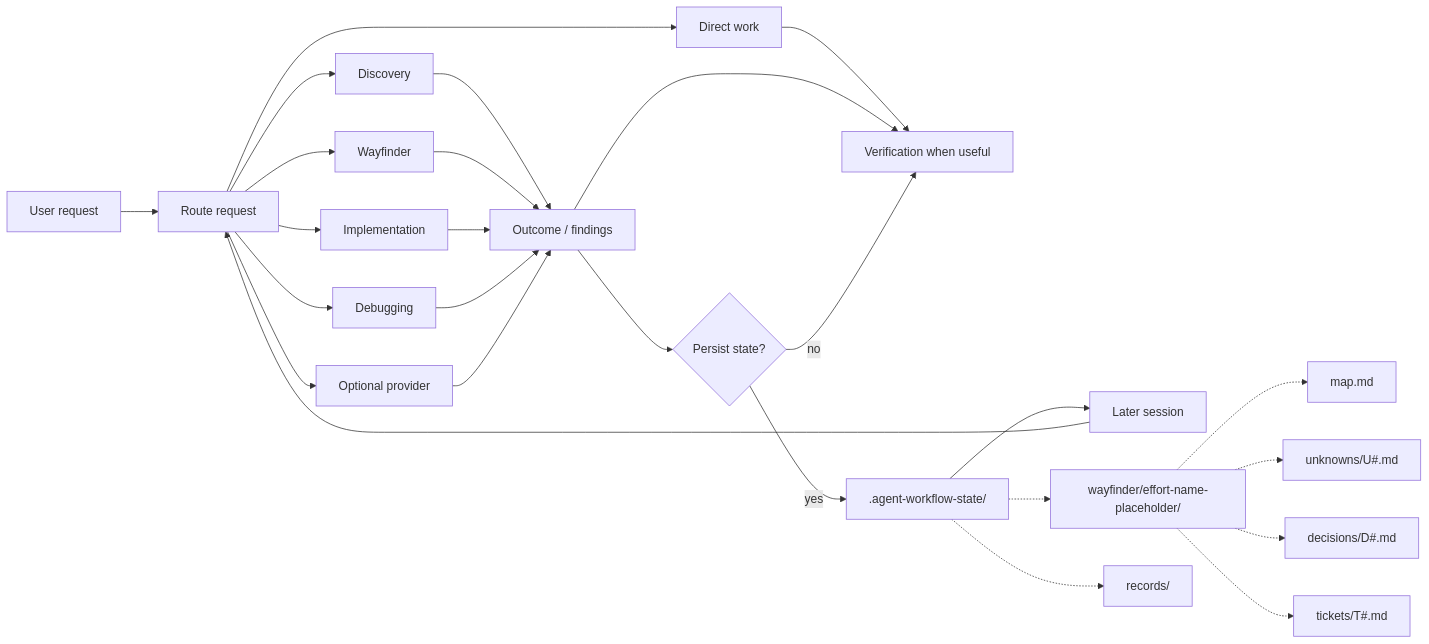
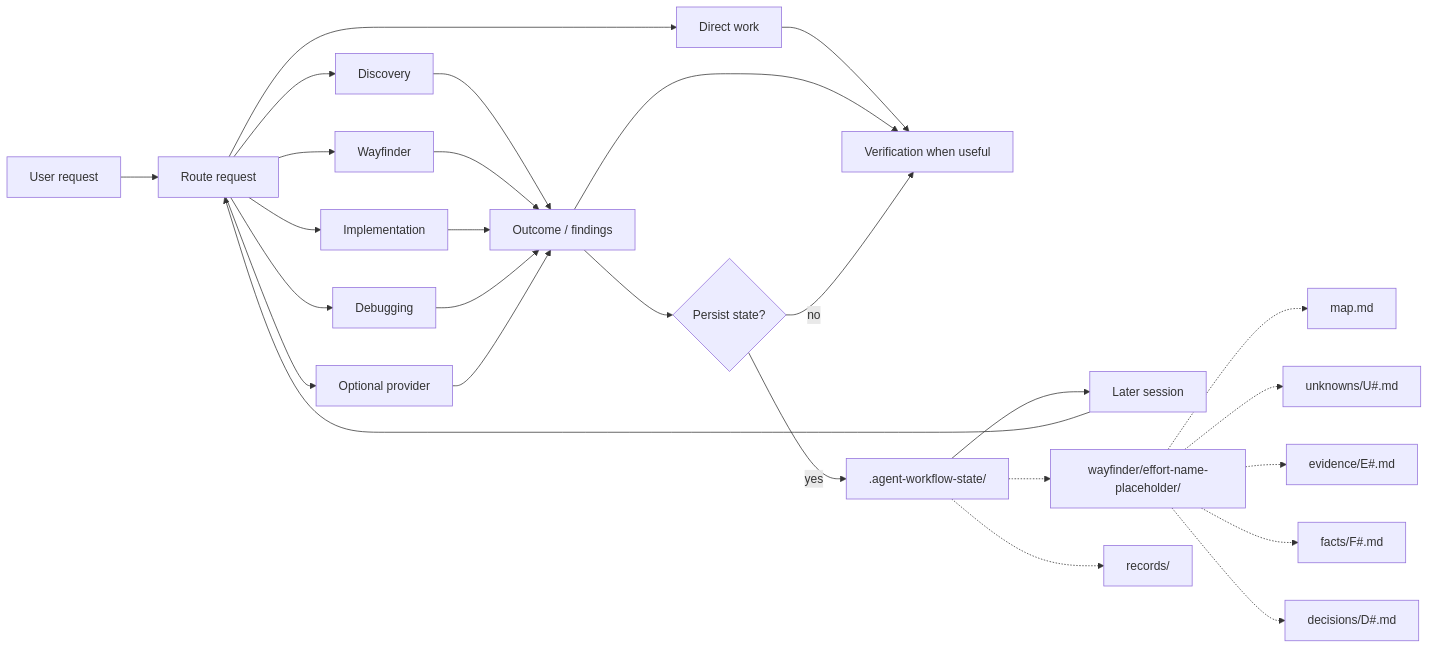
One commit to jimmfan/agentic-workflow changed the diagram in README.md. Above: the diagram before and after it, drawn with Mermaid. The commit also changed other lines of this file and 53 other files, not shown here.

````diff
--- a/README.md
+++ b/README.md
@@ -48,35 +48,36 @@
 ```mermaid
 flowchart LR
     request["User request"] --> router["Route request"]
 
     router --> direct["Direct work"]
     router --> discovery["Discovery"]
     router --> wayfinder["Wayfinder"]
     router --> implementation["Implementation"]
     router --> debugging["Debugging"]
     router --> provider["Optional provider"]
 
     discovery --> result["Outcome / findings"]
     wayfinder --> result
     implementation --> result
     debugging --> result
     provider --> result
 
     direct --> verify["Verification when useful"]
     result --> verify
 
     result --> durable{"Persist state?"}
     durable -->|no| verify
     durable -->|yes| state[".agent-workflow-state/"]
 
     state --> resume["Later session"]
     resume --> router
 
     state -.-> wfstate["wayfinder/effort-name-placeholder/"]
     wfstate -.-> map["map.md"]
     wfstate -.-> unknowns["unknowns/U#.md"]
+    wfstate -.-> evidence["evidence/E#.md"]
+    wfstate -.-> facts["facts/F#.md"]
     wfstate -.-> decisions["decisions/D#.md"]
-    wfstate -.-> tickets["tickets/T#.md"]
 
     state -.-> records["records/"]
 ```
````
